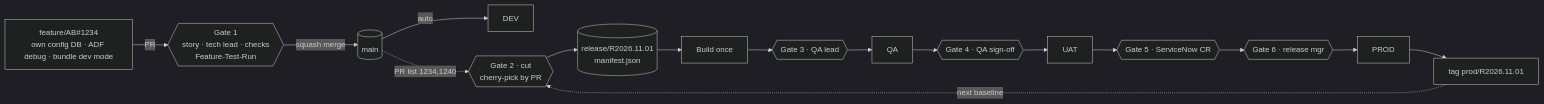
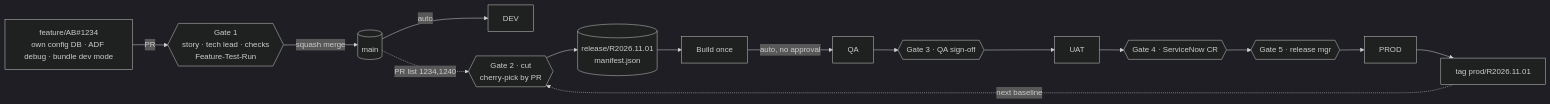
Before and after one commit to vamshi455/enterprisedevops: the diagram in HANDOFF.md, drawn with Mermaid (dark theme). The commit also changed other lines of this file and 4 other files, not shown here.

First line of the commit message:
HANDOFF v1.2: QA deploys without approval; gates renumbered 0-5; Gate 1 checks defined

````diff
--- a/HANDOFF.md
+++ b/HANDOFF.md
@@ -172,10 +172,10 @@
 ```mermaid
 flowchart LR
   FB["feature/AB#1234<br/>own config DB · ADF debug · bundle dev mode"] -->|PR| G1{{"Gate 1<br/>story · tech lead · checks<br/>Feature-Test-Run"}}
   G1 -->|squash merge| MAIN[("main")] -->|auto| DEV["DEV"]
   MAIN -.->|"PR list 1234,1240"| G2{{"Gate 2 · cut<br/>cherry-pick by PR"}}
   G2 --> REL[("release/R2026.11.01<br/>manifest.json")] --> B["Build once"]
-  B --> G3{{"Gate 3 · QA lead"}} --> QA["QA"] --> G4{{"Gate 4 · QA sign-off"}} --> UAT["UAT"]
-  UAT --> G5{{"Gate 5 · ServiceNow CR"}} --> G6{{"Gate 6 · release mgr"}} --> PROD["PROD"]
+  B -->|"auto, no approval"| QA["QA"] --> G3{{"Gate 3 · QA sign-off"}} --> UAT["UAT"]
+  UAT --> G4{{"Gate 4 · ServiceNow CR"}} --> G5{{"Gate 5 · release mgr"}} --> PROD["PROD"]
   PROD --> TAG["tag prod/R2026.11.01"] -.->|next baseline| G2
 ```
````
